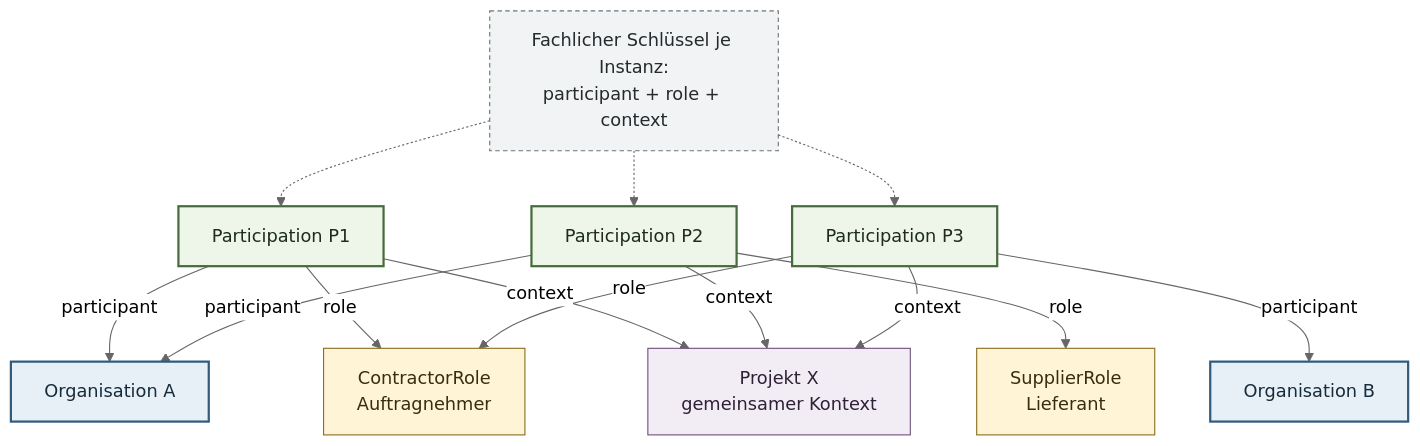
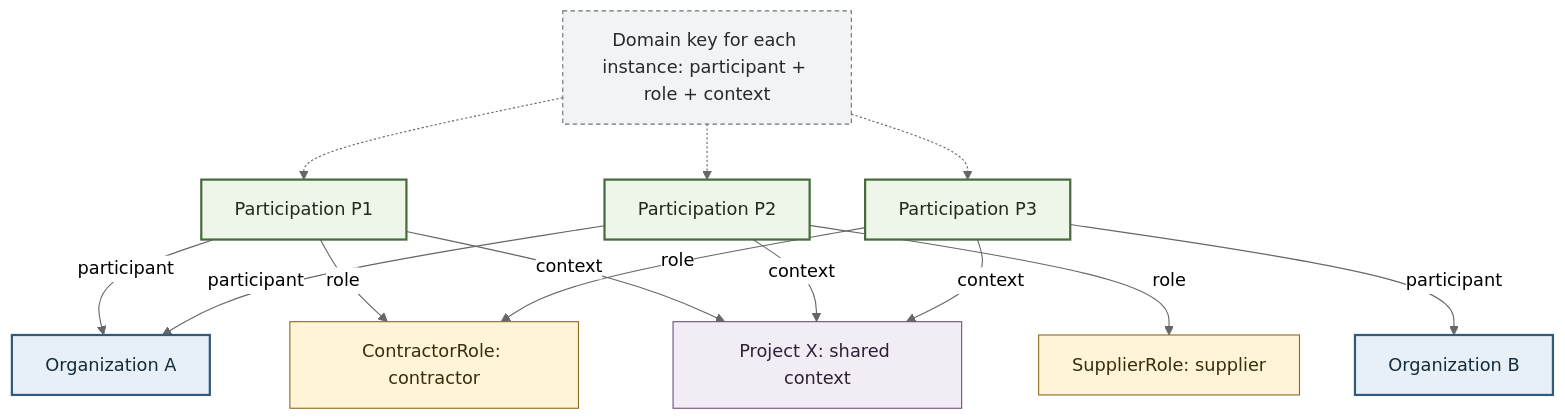
One commit to project-construct-x/constructx-ontologies changed the second of 6 diagrams in modules/core/participation/docs/diagrams/participation-concept-model.md. Above: the diagram before and after it, drawn with Mermaid (neutral theme). The commit also changed other lines of this file and 230 other files, not shown here.

````diff
--- a/modules/core/participation/docs/diagrams/participation-concept-model.md
+++ b/modules/core/participation/docs/diagrams/participation-concept-model.md
@@ -64,42 +65,42 @@
 ```mermaid
 flowchart TB
-    AgentA["Organisation A"]
-    AgentB["Organisation B"]
-    Project["Projekt X<br/>gemeinsamer Kontext"]
+    AgentA["Organization A"]
+    AgentB["Organization B"]
+    Project["Project X: shared context"]
 
     P1["Participation P1"]
     P2["Participation P2"]
     P3["Participation P3"]
 
-    Contractor["ContractorRole<br/>Auftragnehmer"]
-    Supplier["SupplierRole<br/>Lieferant"]
+    Contractor["ContractorRole: contractor"]
+    Supplier["SupplierRole: supplier"]
 
     P1 -->|"participant"| AgentA
     P1 -->|"role"| Contractor
     P1 -->|"context"| Project
 
     P2 -->|"participant"| AgentA
     P2 -->|"role"| Supplier
     P2 -->|"context"| Project
 
     P3 -->|"participant"| AgentB
     P3 -->|"role"| Contractor
     P3 -->|"context"| Project
 
-    Unique["Fachlicher Schlüssel je Instanz:<br/>participant + role + context"]
+    Unique["Domain key for each instance: participant + role + context"]
     Unique -.-> P1
     Unique -.-> P2
     Unique -.-> P3
 
     classDef agent fill:#e7f0f7,stroke:#315b7d,color:#172b3a,stroke-width:2px;
     classDef participation fill:#edf6e9,stroke:#466b3c,color:#1d2d19,stroke-width:2px;
     classDef role fill:#fff4d6,stroke:#8c6d1f,color:#392d0e;
     classDef context fill:#f2edf5,stroke:#70517d,color:#2f2135;
     classDef note fill:#f1f3f4,stroke:#6b747a,color:#252a2d,stroke-dasharray:4 3;
 
     class AgentA,AgentB agent;
     class P1,P2,P3 participation;
     class Contractor,Supplier role;
     class Project context;
     class Unique note;
 ```
````
